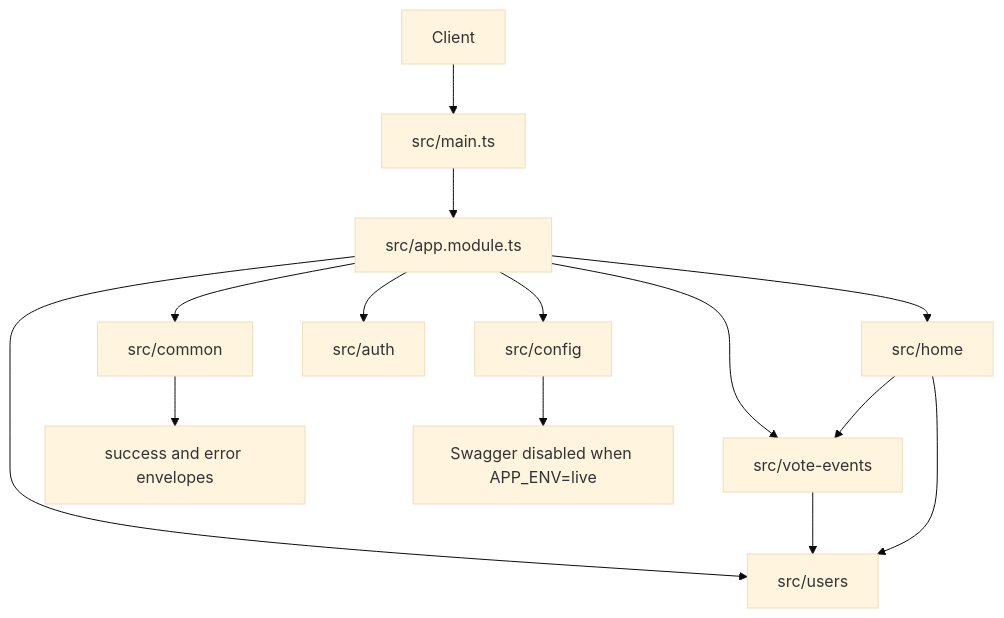
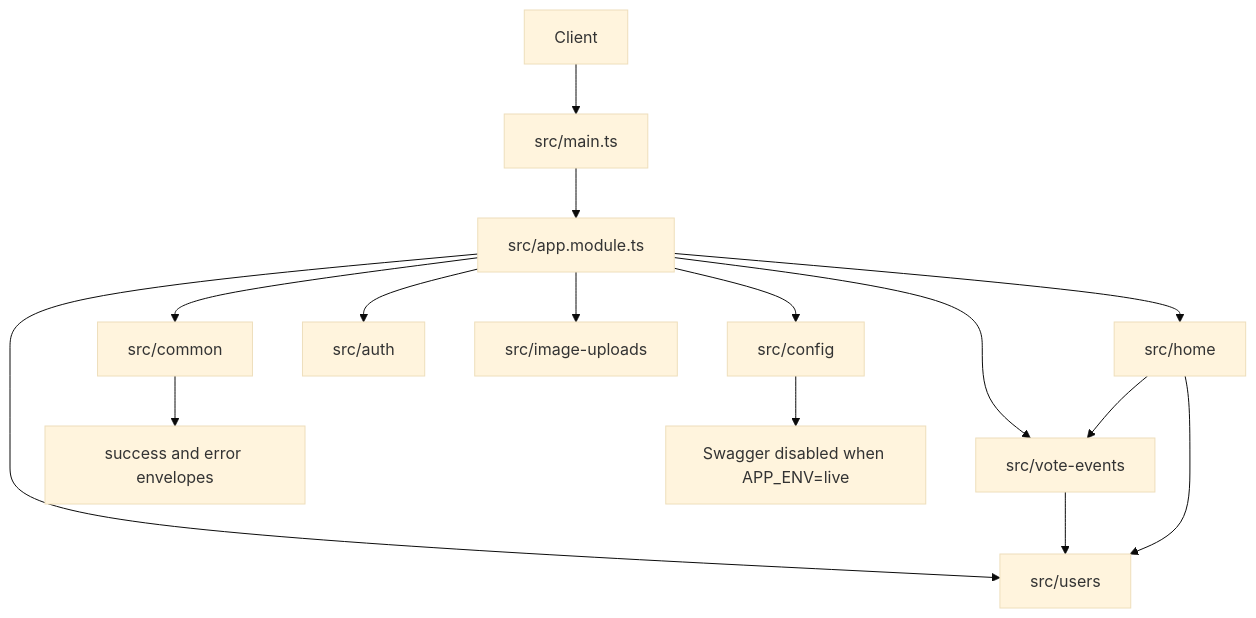
One commit to jei-seesaw/seesaw-api changed the diagram in docs/ARCHITECTURE.md. Above: the diagram before and after it, drawn with Mermaid (base theme). The commit also changed other lines of this file and 25 other files, not shown here.

````diff
--- a/docs/ARCHITECTURE.md
+++ b/docs/ARCHITECTURE.md
@@ -9,16 +9,17 @@
 ```mermaid
 flowchart TD
   Client[Client] --> Main[src/main.ts]
   Main --> App[src/app.module.ts]
   App --> Common[src/common]
   App --> Config[src/config]
   App --> Auth[src/auth]
   App --> Users[src/users]
+  App --> ImageUploads[src/image-uploads]
   App --> VoteEvents[src/vote-events]
   App --> Home[src/home]
   VoteEvents --> Users
   Home --> VoteEvents
   Home --> Users
   Common --> Envelope[success and error envelopes]
   Config --> Swagger[Swagger disabled when APP_ENV=live]
 ```
````
